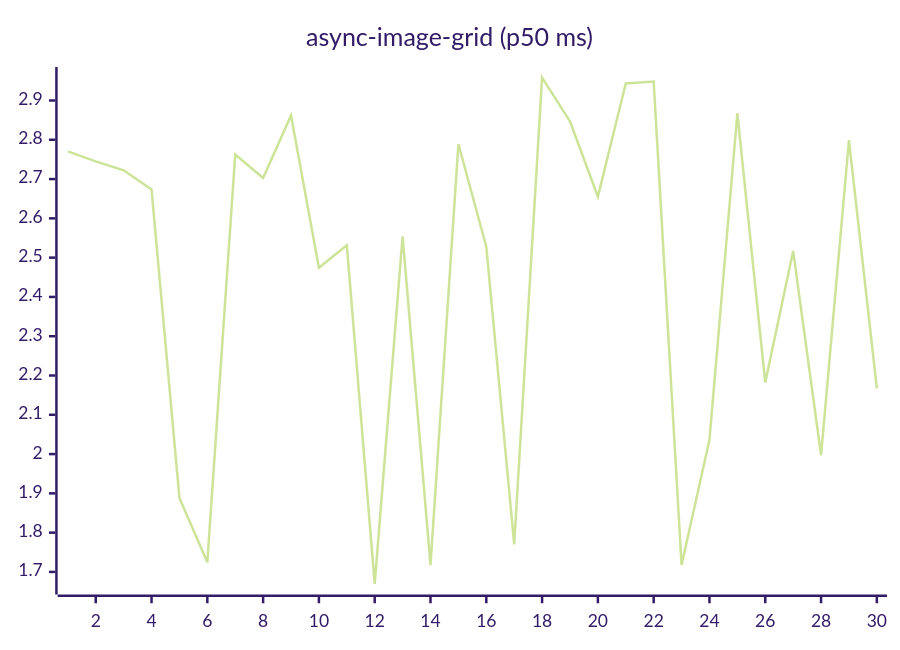
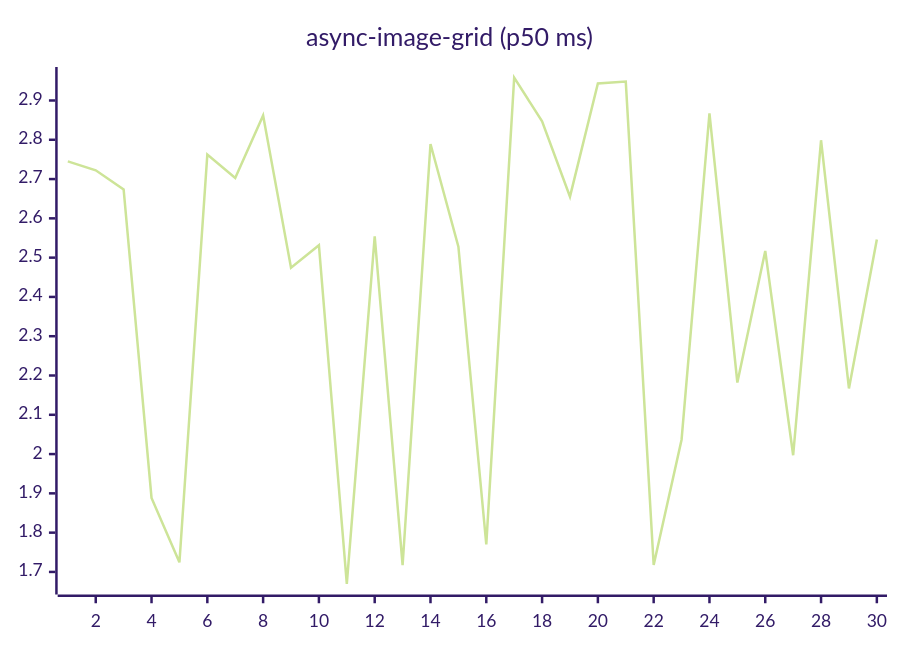
Before and after one commit to josha/Facet: the fifth of 27 diagrams in README.md, drawn with Mermaid (forest theme). The commit also changed other lines of this file and 2 other files, not shown here.

````diff
--- a/README.md
+++ b/README.md
@@ -91,6 +91,6 @@
 ```mermaid
 xychart-beta
     title "async-image-grid (p50 ms)"
     x-axis 1 --> 30
-    line [2.7705, 2.7451, 2.7222, 2.6737, 1.8884, 1.7244, 2.7624, 2.7026, 2.8617, 2.4742, 2.5316, 1.6696, 2.5539, 1.7175, 2.7892, 2.5277, 1.7701, 2.9582, 2.8471, 2.6552, 2.9433, 2.9481, 1.7177, 2.0365, 2.8674, 2.1819, 2.5171, 1.9970, 2.7988, 2.1671]
+    line [2.7451, 2.7222, 2.6737, 1.8884, 1.7244, 2.7624, 2.7026, 2.8617, 2.4742, 2.5316, 1.6696, 2.5539, 1.7175, 2.7892, 2.5277, 1.7701, 2.9582, 2.8471, 2.6552, 2.9433, 2.9481, 1.7177, 2.0365, 2.8674, 2.1819, 2.5171, 1.9970, 2.7988, 2.1671, 2.5459]
 ```
````
